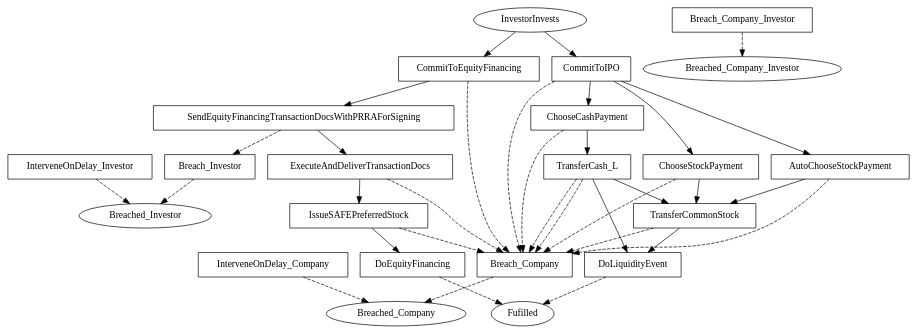
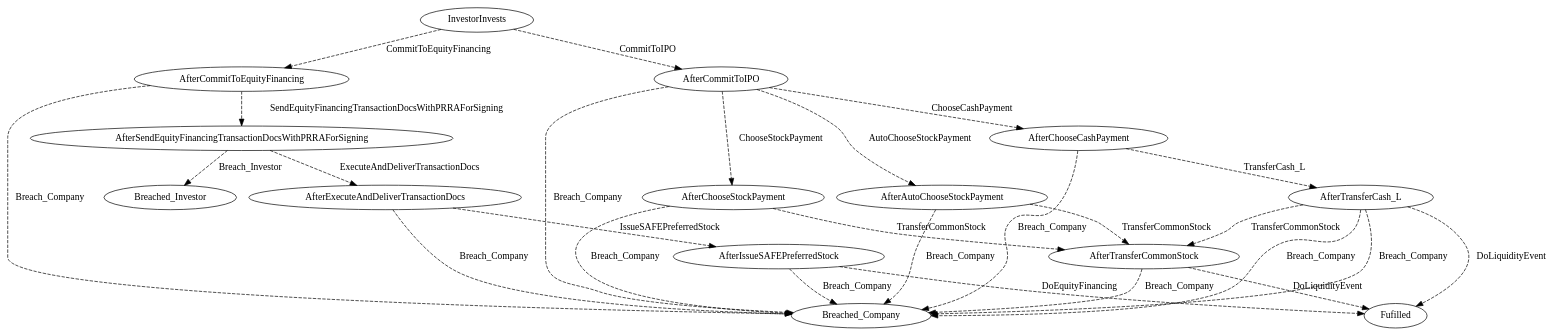
One commit to Marcao02/complaw-deeptech changed the diagram in linear_state_machine_language/pyL4/examples/out_graphviz/toy_and_teaching/tutorialSAFE.dot. Above: the diagram before and after it, drawn with Graphviz. The commit also changed 46 other files, not shown here.

Commit message:
better flowcharts, full goodenough/flood example

```diff
--- a/linear_state_machine_language/pyL4/examples/out_graphviz/toy_and_teaching/tutorialSAFE.dot
+++ b/linear_state_machine_language/pyL4/examples/out_graphviz/toy_and_teaching/tutorialSAFE.dot
@@ -1,68 +1,42 @@
 // THIS IS A GENERATED FILE. DO NOT EDIT.
 
 digraph safe_tutorial {    
     Fulfilled[label=Fufilled];
-    InvestorInvests[label=InvestorInvests];
-	Breached_Investor[label=Breached_Investor];
-	Breached_Company[label=Breached_Company];
-	Breached_Company_Investor[label=Breached_Company_Investor]
+    InvestorInvests[label=InvestorInvests]
+        
     
-     
-    CommitToEquityFinancing[label=CommitToEquityFinancing,shape=box];
-	SendEquityFinancingTransactionDocsWithPRRAForSigning[label=SendEquityFinancingTransactionDocsWithPRRAForSigning,shape=box];
-	ExecuteAndDeliverTransactionDocs[label=ExecuteAndDeliverTransactionDocs,shape=box];
-	IssueSAFEPreferredStock[label=IssueSAFEPreferredStock,shape=box];
-	DoEquityFinancing[label=DoEquityFinancing,shape=box];
-	CommitToIPO[label=CommitToIPO,shape=box];
-	AutoChooseStockPayment[label=AutoChooseStockPayment,shape=box];
-	ChooseStockPayment[label=ChooseStockPayment,shape=box];
-	TransferCommonStock[label=TransferCommonStock,shape=box];
-	ChooseCashPayment[label=ChooseCashPayment,shape=box];
-	TransferCash_L[label=TransferCash_L,shape=box];
-	DoLiquidityEvent[label=DoLiquidityEvent,shape=box];
-	Breach_Investor[label=Breach_Investor,shape=box];
-	Breach_Company[label=Breach_Company,shape=box];
-	Breach_Company_Investor[label=Breach_Company_Investor,shape=box];
-	InterveneOnDelay_Investor[label=InterveneOnDelay_Investor,shape=box];
-	InterveneOnDelay_Company[label=InterveneOnDelay_Company,shape=box]    
+         
     
     
     
-    InvestorInvests -> CommitToEquityFinancing;
-	InvestorInvests -> CommitToIPO;
-	CommitToEquityFinancing -> SendEquityFinancingTransactionDocsWithPRRAForSigning;
-	CommitToEquityFinancing -> Breach_Company [style=dashed];
-	SendEquityFinancingTransactionDocsWithPRRAForSigning -> ExecuteAndDeliverTransactionDocs;
-	SendEquityFinancingTransactionDocsWithPRRAForSigning -> Breach_Investor [style=dashed];
-	ExecuteAndDeliverTransactionDocs -> IssueSAFEPreferredStock;
-	ExecuteAndDeliverTransactionDocs -> Breach_Company [style=dashed];
-	IssueSAFEPreferredStock -> DoEquityFinancing;
-	IssueSAFEPreferredStock -> Breach_Company [style=dashed];
-	CommitToIPO -> ChooseCashPayment;
-	CommitToIPO -> ChooseStockPayment;
-	CommitToIPO -> AutoChooseStockPayment;
-	CommitToIPO -> Breach_Company [style=dashed];
-	AutoChooseStockPayment -> TransferCommonStock;
-	AutoChooseStockPayment -> Breach_Company [style=dashed];
-	ChooseStockPayment -> TransferCommonStock;
-	ChooseStockPayment -> Breach_Company [style=dashed];
-	TransferCommonStock -> DoLiquidityEvent;
-	TransferCommonStock -> Breach_Company [style=dashed];
-	ChooseCashPayment -> TransferCash_L;
-	ChooseCashPayment -> Breach_Company [style=dashed];
-	TransferCash_L -> TransferCommonStock;
-	TransferCash_L -> Breach_Company [style=dashed];
-	TransferCash_L -> DoLiquidityEvent;
-	TransferCash_L -> Breach_Company [style=dashed]
     
-    DoEquityFinancing -> Fulfilled [style=dashed];
-	DoLiquidityEvent -> Fulfilled [style=dashed];
-	Breach_Investor -> Breached_Investor [style=dashed];
-	Breach_Company -> Breached_Company [style=dashed];
-	Breach_Company_Investor -> Breached_Company_Investor [style=dashed];
-	InterveneOnDelay_Investor -> Breached_Investor [style=dashed];
-	InterveneOnDelay_Company -> Breached_Company [style=dashed];
+    InvestorInvests -> AfterCommitToEquityFinancing [style=dashed,label=CommitToEquityFinancing];
+	InvestorInvests -> AfterCommitToIPO [style=dashed,label=CommitToIPO];
+	AfterCommitToEquityFinancing -> AfterSendEquityFinancingTransactionDocsWithPRRAForSigning [style=dashed,label=SendEquityFinancingTransactionDocsWithPRRAForSigning];
+	AfterCommitToEquityFinancing -> Breached_Company [style=dashed,label=Breach_Company];
+	AfterSendEquityFinancingTransactionDocsWithPRRAForSigning -> AfterExecuteAndDeliverTransactionDocs [style=dashed,label=ExecuteAndDeliverTransactionDocs];
+	AfterSendEquityFinancingTransactionDocsWithPRRAForSigning -> Breached_Investor [style=dashed,label=Breach_Investor];
+	AfterExecuteAndDeliverTransactionDocs -> AfterIssueSAFEPreferredStock [style=dashed,label=IssueSAFEPreferredStock];
+	AfterExecuteAndDeliverTransactionDocs -> Breached_Company [style=dashed,label=Breach_Company];
+	AfterIssueSAFEPreferredStock -> Fulfilled [style=dashed,label=DoEquityFinancing];
+	AfterIssueSAFEPreferredStock -> Breached_Company [style=dashed,label=Breach_Company];
+	AfterCommitToIPO -> AfterChooseCashPayment [style=dashed,label=ChooseCashPayment];
+	AfterCommitToIPO -> AfterChooseStockPayment [style=dashed,label=ChooseStockPayment];
+	AfterCommitToIPO -> AfterAutoChooseStockPayment [style=dashed,label=AutoChooseStockPayment];
+	AfterCommitToIPO -> Breached_Company [style=dashed,label=Breach_Company];
+	AfterAutoChooseStockPayment -> AfterTransferCommonStock [style=dashed,label=TransferCommonStock];
+	AfterAutoChooseStockPayment -> Breached_Company [style=dashed,label=Breach_Company];
+	AfterChooseStockPayment -> AfterTransferCommonStock [style=dashed,label=TransferCommonStock];
+	AfterChooseStockPayment -> Breached_Company [style=dashed,label=Breach_Company];
+	AfterTransferCommonStock -> Fulfilled [style=dashed,label=DoLiquidityEvent];
+	AfterTransferCommonStock -> Breached_Company [style=dashed,label=Breach_Company];
+	AfterChooseCashPayment -> AfterTransferCash_L [style=dashed,label=TransferCash_L];
+	AfterChooseCashPayment -> Breached_Company [style=dashed,label=Breach_Company];
+	AfterTransferCash_L -> AfterTransferCommonStock [style=dashed,label=TransferCommonStock];
+	AfterTransferCash_L -> Breached_Company [style=dashed,label=Breach_Company];
+	AfterTransferCash_L -> Fulfilled [style=dashed,label=DoLiquidityEvent];
+	AfterTransferCash_L -> Breached_Company [style=dashed,label=Breach_Company];
 	     
     
        
 }
```
